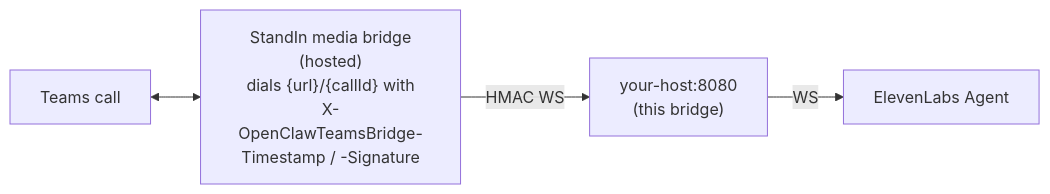
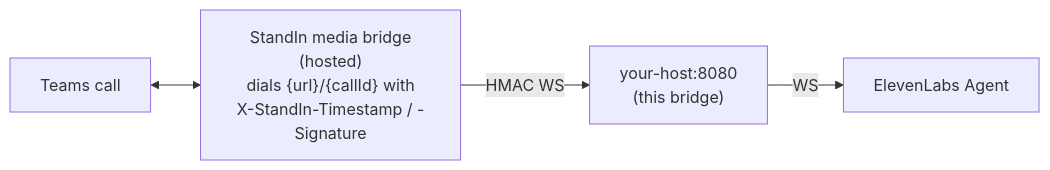
One commit to komaa-com/elevenlabs-msteams-bridge-py changed the diagram in website/src/content/docs/connecting-to-standin.md. Above: the diagram before and after it, drawn with Mermaid. The commit also changed 6 other files, not shown here.

First line of the commit message:
feat: X-StandIn-* auth headers (legacy X-OpenClawTeamsBridge-* still accepted)

````diff
--- a/website/src/content/docs/connecting-to-standin.md
+++ b/website/src/content/docs/connecting-to-standin.md
@@ -14,10 +14,10 @@
 ```mermaid
 flowchart LR
     Teams["Teams call"]
-    StandIn["StandIn media bridge<br/>(hosted)<br/>dials {url}/{callId} with<br/>X-OpenClawTeamsBridge-Timestamp / -Signature"]
+    StandIn["StandIn media bridge<br/>(hosted)<br/>dials {url}/{callId} with<br/>X-StandIn-Timestamp / -Signature"]
     Bridge["your-host:8080<br/>(this bridge)"]
     EL["ElevenLabs Agent"]
     Teams <--> StandIn
     StandIn -- "HMAC WS" --> Bridge
     Bridge -- "WS" --> EL
 ```
````
